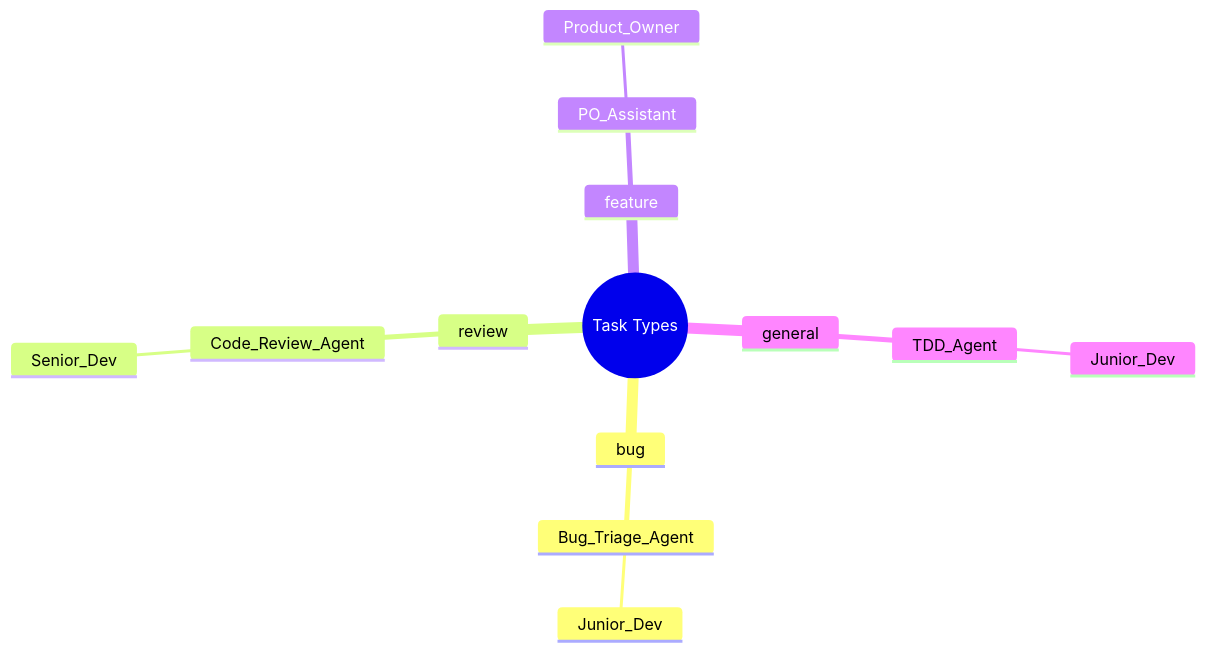
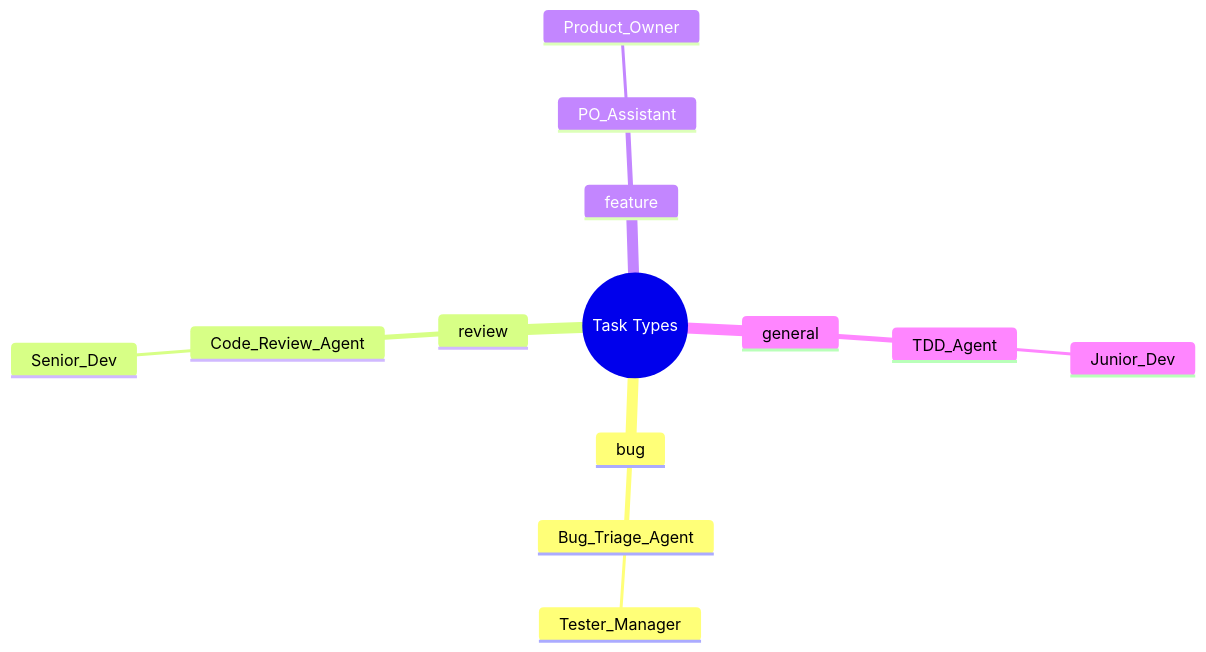
The second of 2 diagrams in Intro.md (chrisstineline/CGI_Agent), drawn with Mermaid before and after one commit.

Commit message:
Junior_Dev changed to Test_Manager

````diff
--- a/Intro.md
+++ b/Intro.md
@@ -74,16 +74,16 @@
 ```mermaid
 mindmap
   Task_Types((Task Types))
     bug
       Bug_Triage_Agent
-        Junior_Dev
+        Tester_Manager
     review
       Code_Review_Agent
         Senior_Dev
     feature
       PO_Assistant
         Product_Owner
     general
       TDD_Agent
         Junior_Dev
 ```
````
